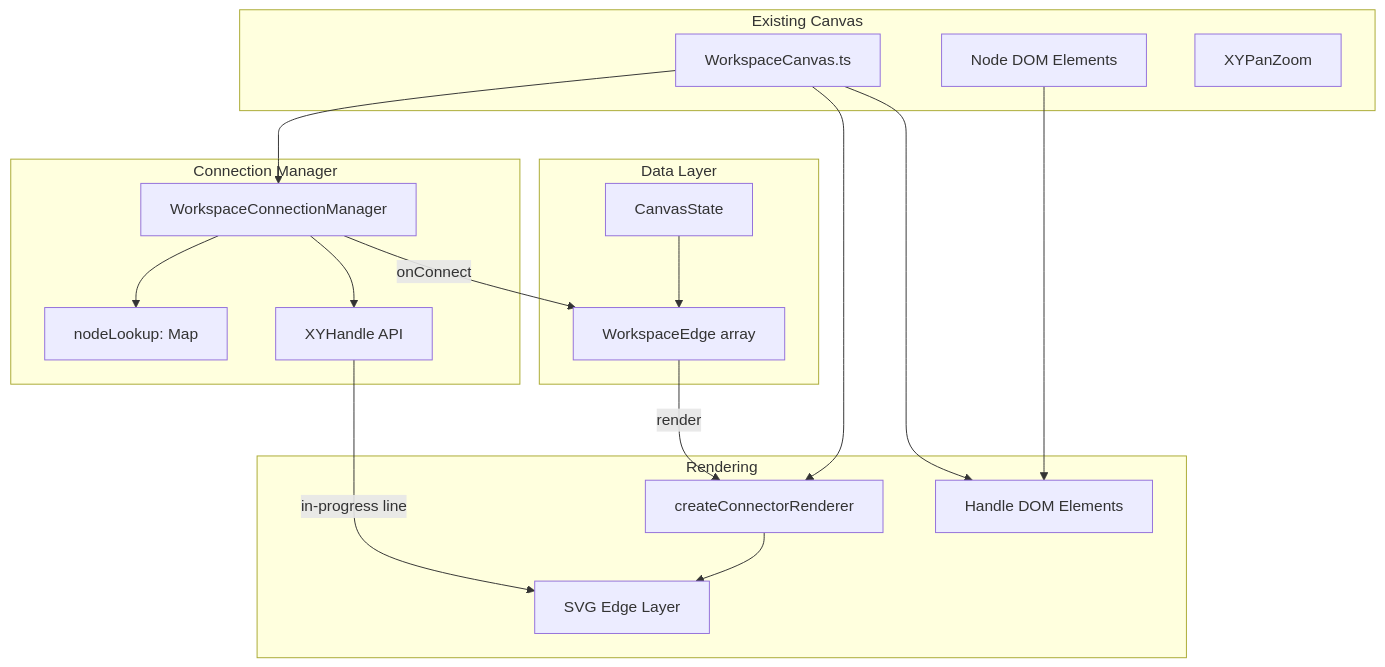
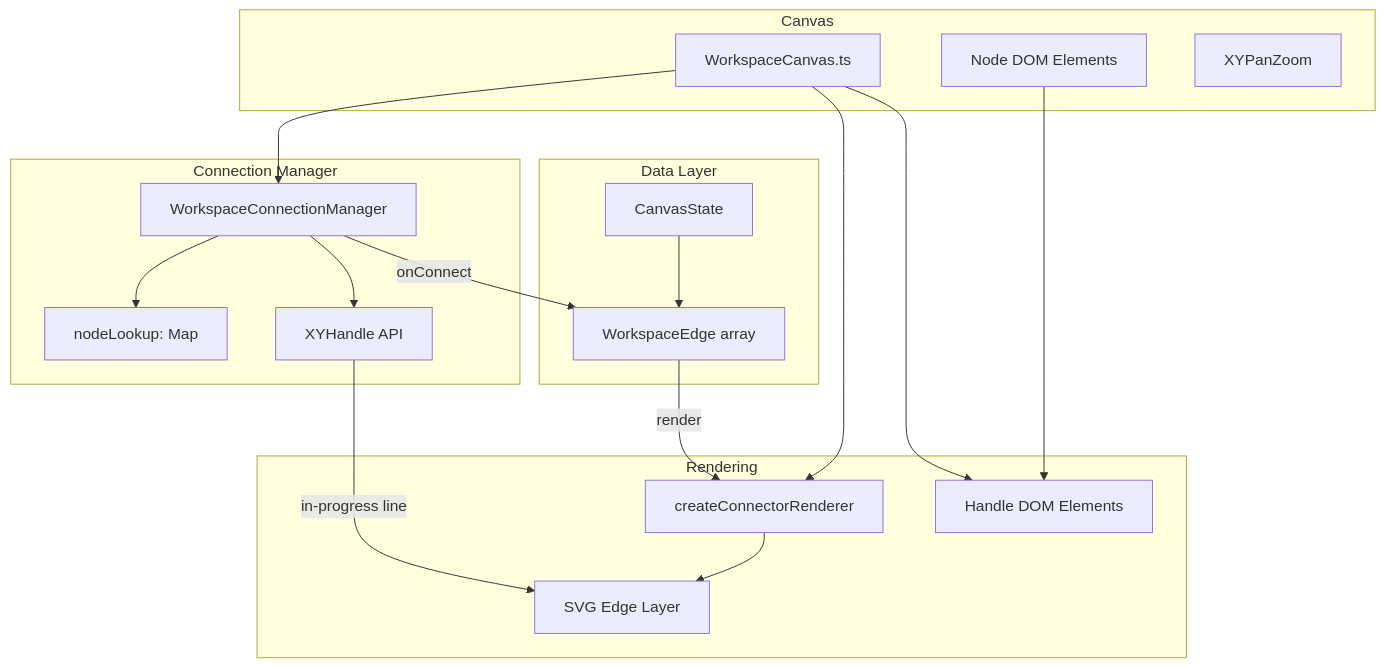
One commit to Lixpi/lixpi changed diagram 11 of 16 in documentation/features/WORKSPACE-FEATURE.md. Above: the diagram before and after it, drawn with Mermaid. The commit also changed other lines of this file and 101 other files, not shown here.

````diff
--- a/documentation/features/WORKSPACE-FEATURE.md
+++ b/documentation/features/WORKSPACE-FEATURE.md
@@ -568,37 +553,37 @@
 ```mermaid
 flowchart TB
     subgraph "Data Layer"
         CS[CanvasState]
         WE[WorkspaceEdge array]
         CS --> WE
     end
 
     subgraph "Connection Manager"
         WCM[WorkspaceConnectionManager]
         NL[nodeLookup: Map]
         XYH[XYHandle API]
         WCM --> NL
         WCM --> XYH
     end
 
     subgraph "Rendering"
         CR[createConnectorRenderer]
         SVG[SVG Edge Layer]
         HANDLES[Handle DOM Elements]
         CR --> SVG
     end
 
-    subgraph "Existing Canvas"
+    subgraph "Canvas"
         WC[WorkspaceCanvas.ts]
         NODES[Node DOM Elements]
         PZ[XYPanZoom]
     end
 
     WC --> WCM
     WC --> CR
     WC --> HANDLES
     NODES --> HANDLES
     WCM -->|onConnect| WE
     WE -->|render| CR
     XYH -->|in-progress line| SVG
 ```
````
